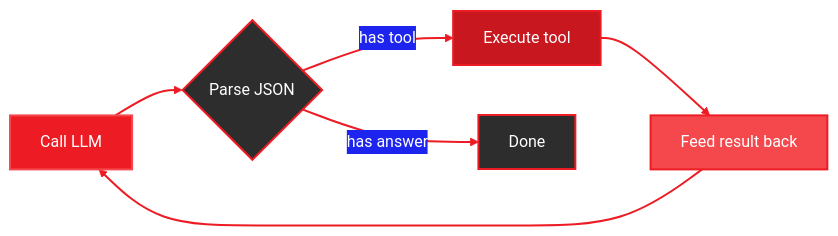
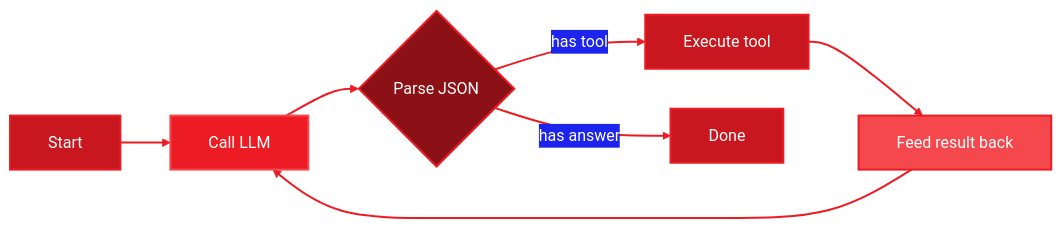
The second of 3 diagrams in docs/cpp/overview.mdx (amd/gaia), drawn with Mermaid before and after one commit. The commit also changed other lines of this file and 6 other files, not shown here.

````diff
--- a/docs/cpp/overview.mdx
+++ b/docs/cpp/overview.mdx
@@ -69,16 +70,18 @@
 ```mermaid
-%%{init: {'theme':'base', 'themeVariables': { 'primaryColor':'#ED1C24', 'fontSize':'16px', 'lineColor':'#ED1C24', 'primaryTextColor':'#fff'}, 'flowchart': {'curve': 'basis'}}}%%
+%%{init: {'theme':'base', 'themeVariables': { 'primaryColor':'#ED1C24', 'fontSize':'16px', 'lineColor':'#ED1C24', 'primaryTextColor':'#fff'}, 'flowchart': {'curve': 'basis', 'nodeSpacing': 40}}}%%
 graph LR
-    A["Call LLM"] --> B{"Parse JSON"}
-    B -->|"has tool"| C["Execute tool"]
-    C --> D["Feed result back"]
+    S["&nbsp;&nbsp;Start&nbsp;&nbsp;"] --> A["&nbsp;&nbsp;Call LLM&nbsp;&nbsp;"]
+    A --> B{"&nbsp;&nbsp;Parse JSON&nbsp;&nbsp;"}
+    B -->|"has tool"| C["&nbsp;&nbsp;Execute tool&nbsp;&nbsp;"]
+    C --> D["&nbsp;&nbsp;Feed result back&nbsp;&nbsp;"]
     D --> A
-    B -->|"has answer"| E["Done"]
+    B -->|"has answer"| E["&nbsp;&nbsp;Done&nbsp;&nbsp;"]
 
+    style S fill:#C8171E,stroke:#ED1C24,stroke-width:2px,color:#fff
     style A fill:#ED1C24,stroke:#F4484D,stroke-width:2px,color:#fff
-    style B fill:#2d2d2d,stroke:#ED1C24,stroke-width:2px,color:#fff
+    style B fill:#8B1117,stroke:#ED1C24,stroke-width:2px,color:#fff
     style C fill:#C8171E,stroke:#ED1C24,stroke-width:2px,color:#fff
     style D fill:#F4484D,stroke:#ED1C24,stroke-width:2px,color:#fff
-    style E fill:#2d2d2d,stroke:#ED1C24,stroke-width:2px,color:#fff
+    style E fill:#C8171E,stroke:#ED1C24,stroke-width:2px,color:#fff
     linkStyle default stroke:#ED1C24,stroke-width:2px
 ```
````
